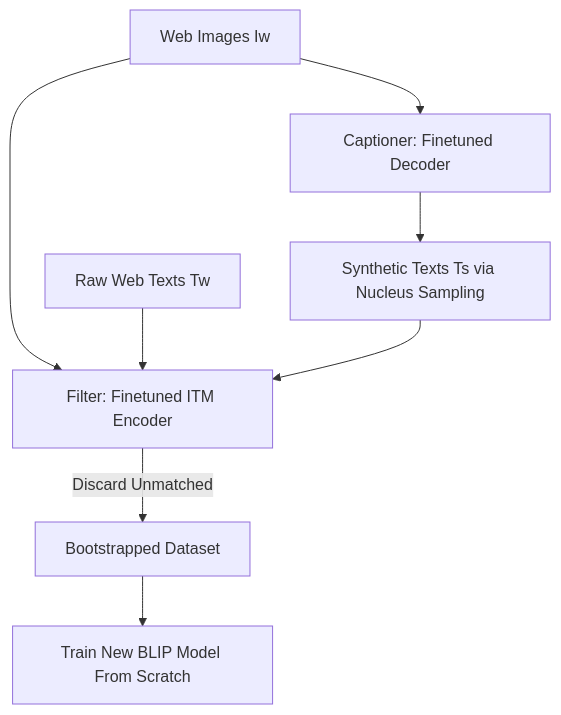
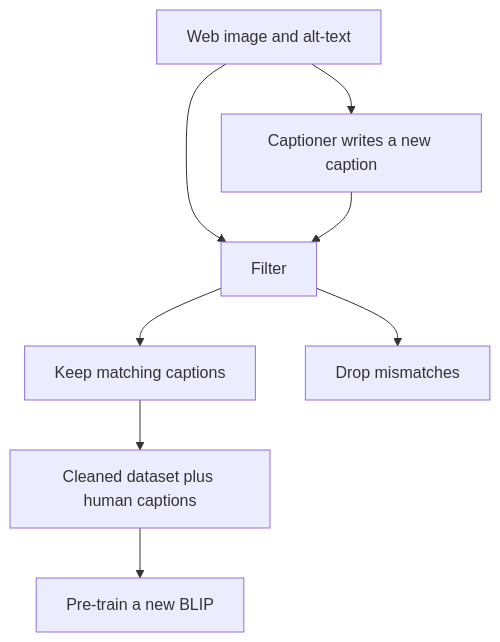
One commit to Tarunsai08/PaperStack changed the second of 2 diagrams in content/papers/blip-bootstrapping-language-image-pre-training-for-unified-v.md. Above: the diagram before and after it, drawn with Mermaid. The commit also changed other lines of this file and 7 other files, not shown here.

````diff
--- a/content/papers/blip-bootstrapping-language-image-pre-training-for-unified-v.md
+++ b/content/papers/blip-bootstrapping-language-image-pre-training-for-unified-v.md
@@ -195,12 +137,10 @@
 ```mermaid
 flowchart TD
-    WebImg[Web Images Iw] --> Cap[Captioner: Finetuned Decoder]
-    Cap --> SynthTxt[Synthetic Texts Ts via Nucleus Sampling]
-    
-    WebImg --> Filt[Filter: Finetuned ITM Encoder]
-    WebTxt[Raw Web Texts Tw] --> Filt
-    SynthTxt --> Filt
-    
-    Filt -->|Discard Unmatched| CleanData[Bootstrapped Dataset]
-    CleanData --> NewBLIP[Train New BLIP Model From Scratch]
+  W[Web image and alt-text] --> F[Filter]
+  W --> C[Captioner writes a new caption]
+  C --> F
+  F --> K[Keep matching captions]
+  F --> X[Drop mismatches]
+  K --> D[Cleaned dataset plus human captions]
+  D --> N[Pre-train a new BLIP]
 ```
````
